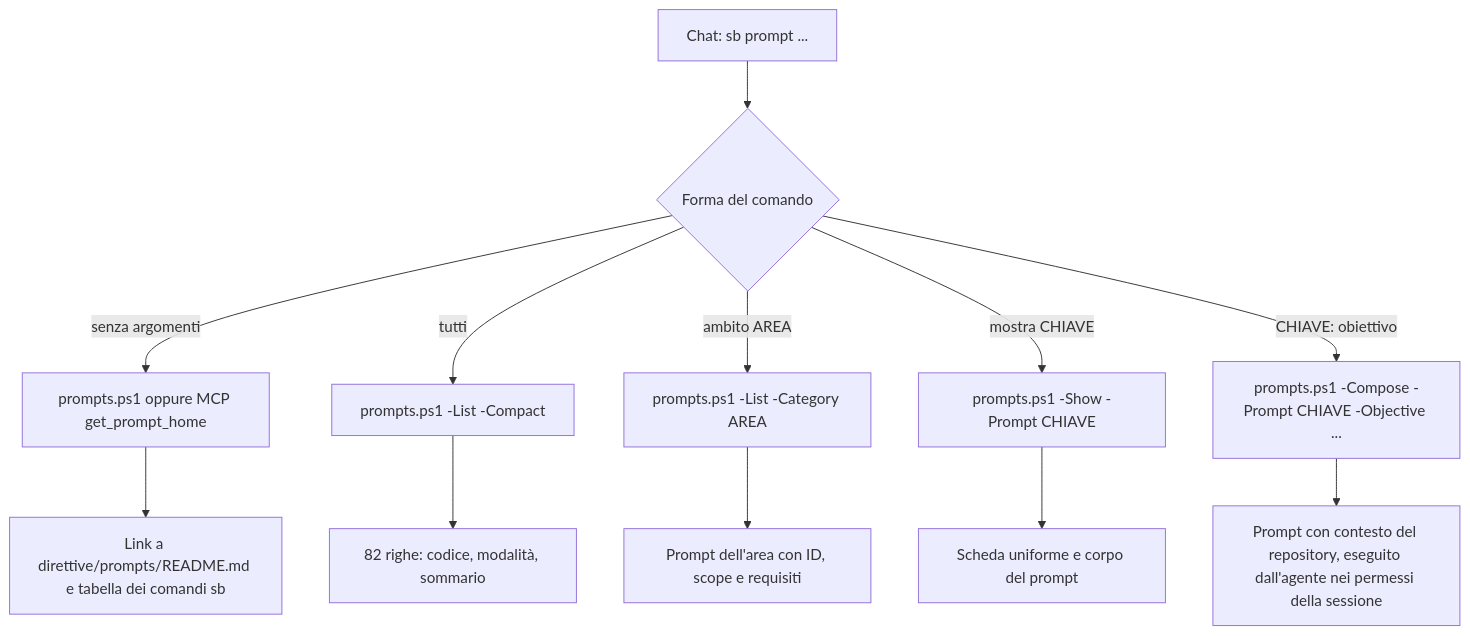
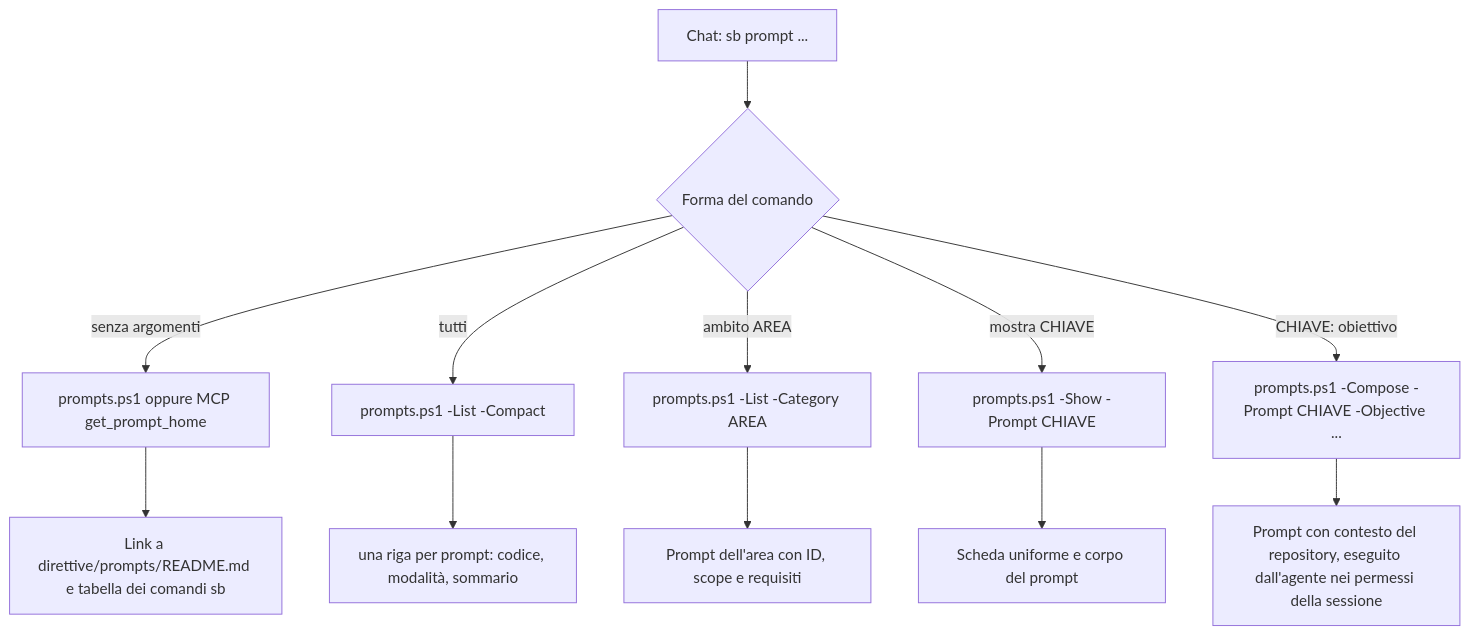
Before and after one commit to dennidalpos/secondbrain: the second of 2 diagrams in docs/riferimento/customizing-prompts-and-directives.md, drawn with Mermaid. The commit also changed other lines of this file and 113 other files, not shown here.

First line of the commit message:
Catalogo prompt: pacchetti core (62, inglese) e maintenance (15), icone di modalità, nuova categoria DOC

````diff
--- a/docs/riferimento/customizing-prompts-and-directives.md
+++ b/docs/riferimento/customizing-prompts-and-directives.md
@@ -237,14 +238,14 @@
 ```mermaid
 flowchart TD
     A["Chat: sb prompt ..."] --> B{"Forma del comando"}
     B -->|"senza argomenti"| C["prompts.ps1 oppure MCP get_prompt_home"]
     B -->|"tutti"| D["prompts.ps1 -List -Compact"]
     B -->|"ambito AREA"| E["prompts.ps1 -List -Category AREA"]
     B -->|"mostra CHIAVE"| F["prompts.ps1 -Show -Prompt CHIAVE"]
     B -->|"CHIAVE: obiettivo"| G["prompts.ps1 -Compose -Prompt CHIAVE -Objective ..."]
     C --> H["Link a direttive/prompts/README.md e tabella dei comandi sb"]
-    D --> I["82 righe: codice, modalità, sommario"]
+    D --> I["una riga per prompt: codice, modalità, sommario"]
     E --> J["Prompt dell'area con ID, scope e requisiti"]
     F --> K["Scheda uniforme e corpo del prompt"]
     G --> L["Prompt con contesto del repository, eseguito dall'agente nei permessi della sessione"]
 ```
````
